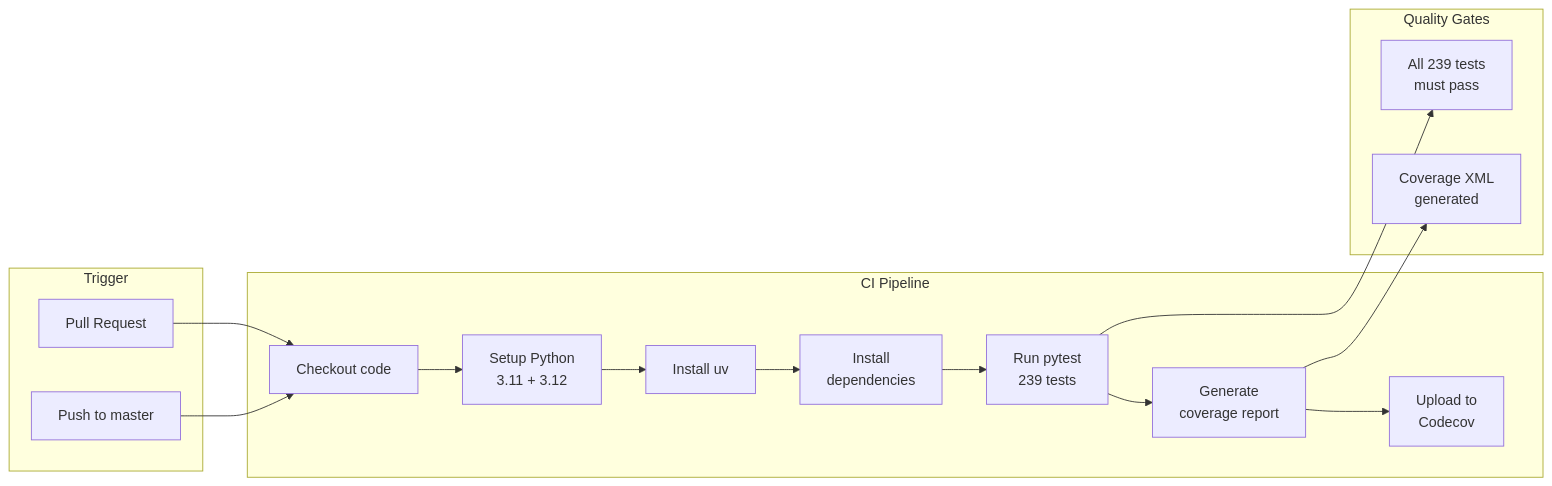
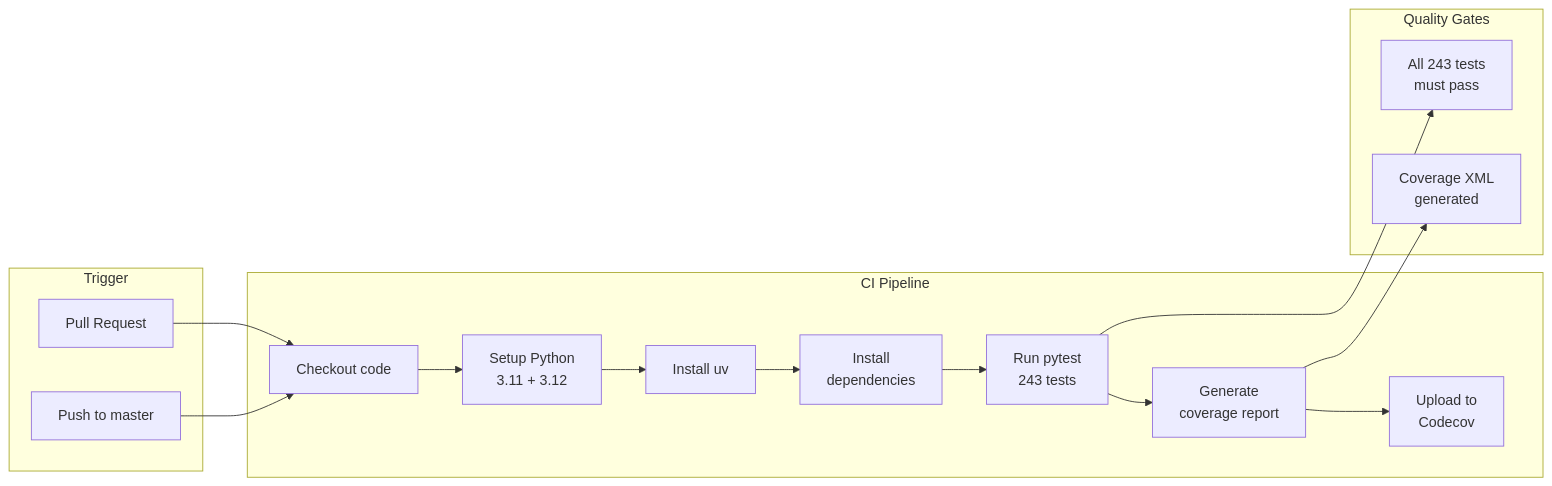
The fifth of 7 diagrams in docs/MANDATORY_ASSIGNMENT_1_REPORT.md (Jothom2912/Finance-Tracker), drawn with Mermaid before and after one commit. The commit also changed other lines of this file and 4 other files, not shown here.

````diff
--- a/docs/MANDATORY_ASSIGNMENT_1_REPORT.md
+++ b/docs/MANDATORY_ASSIGNMENT_1_REPORT.md
@@ -390,29 +399,29 @@
 ```mermaid
 flowchart LR
     subgraph trigger [Trigger]
         Push["Push to master"]
         PR["Pull Request"]
     end
 
     subgraph ci [CI Pipeline]
         Checkout["Checkout code"]
         Setup["Setup Python<br/>3.11 + 3.12"]
         InstallUV["Install uv"]
         Deps["Install<br/>dependencies"]
-        Test["Run pytest<br/>239 tests"]
+        Test["Run pytest<br/>243 tests"]
         Coverage["Generate<br/>coverage report"]
         Upload["Upload to<br/>Codecov"]
     end
 
     subgraph gates [Quality Gates]
-        AllPass["All 239 tests<br/>must pass"]
+        AllPass["All 243 tests<br/>must pass"]
         CovReport["Coverage XML<br/>generated"]
     end
 
     Push --> Checkout
     PR --> Checkout
     Checkout --> Setup --> InstallUV --> Deps --> Test
     Test --> Coverage --> Upload
     Test --> AllPass
     Coverage --> CovReport
 ```
````
